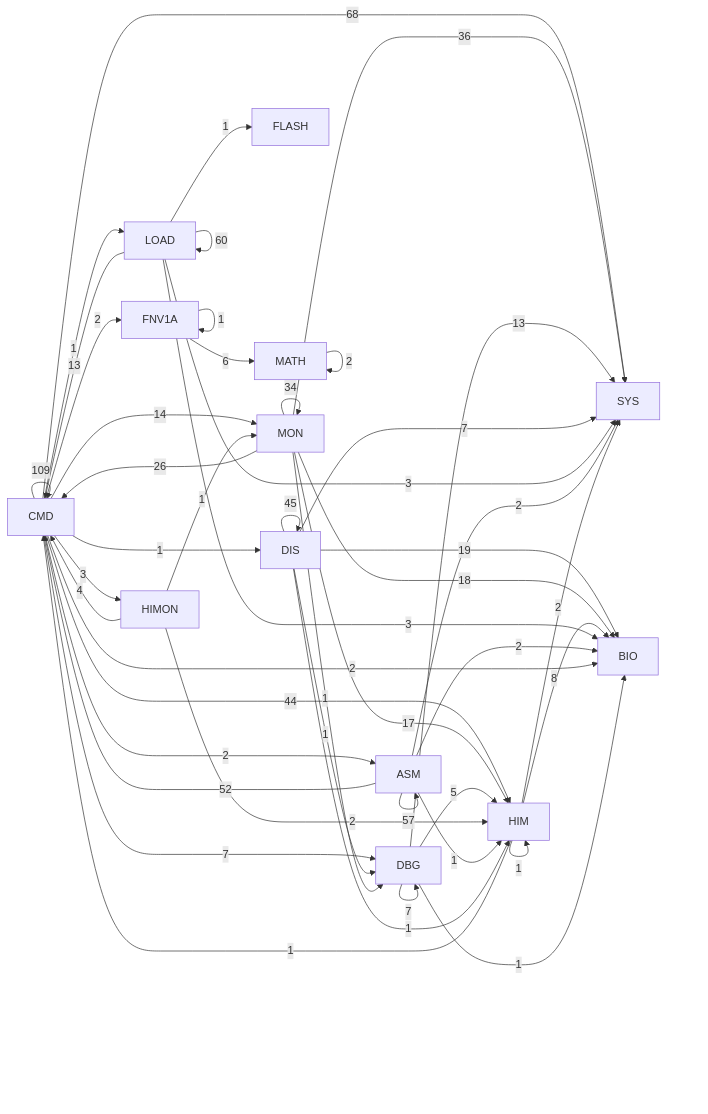
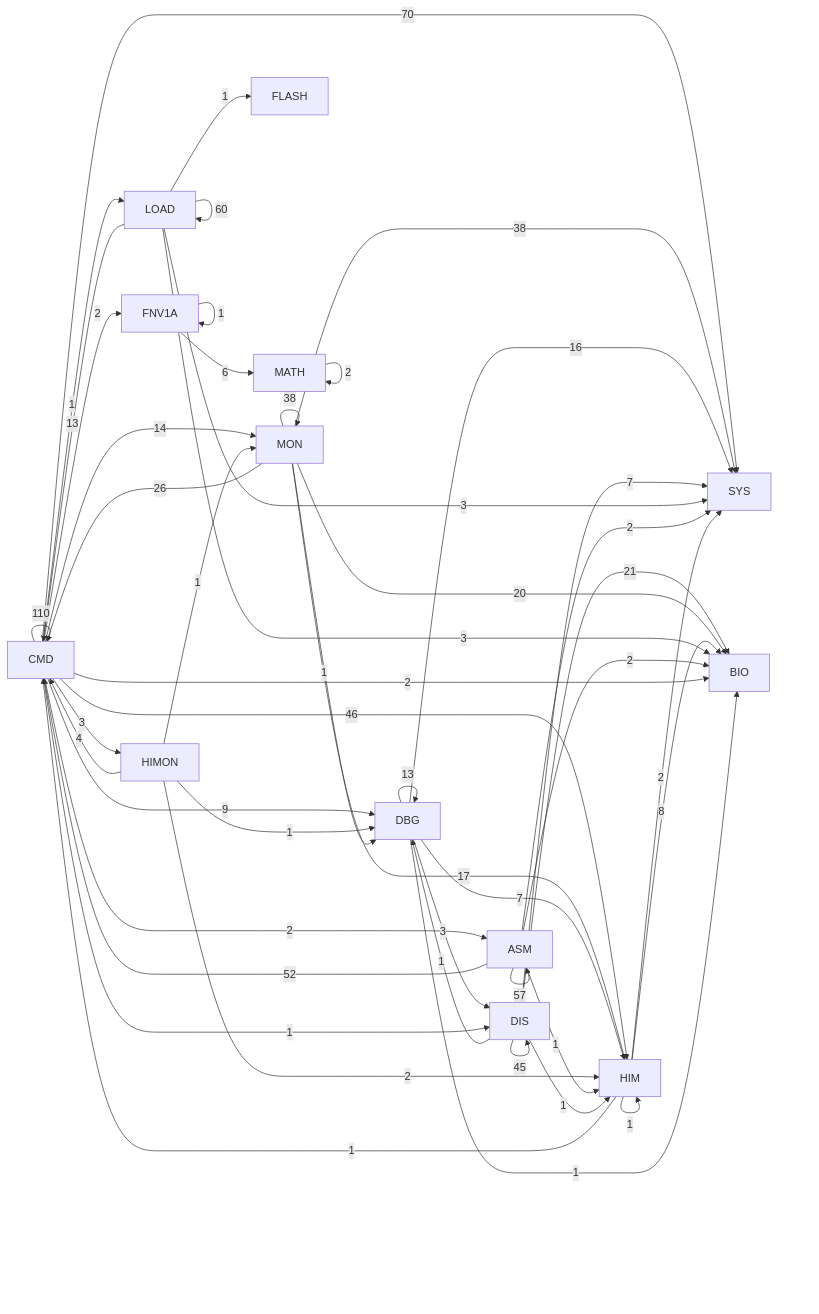
Before and after one commit to 95westus/R-YORS: the diagram in DOC/GENERATED/HIMON_SUPPORT_MAP.md, drawn with Mermaid. The commit also changed other lines of this file and 79 other files, not shown here.

````diff
--- a/DOC/GENERATED/HIMON_SUPPORT_MAP.md
+++ b/DOC/GENERATED/HIMON_SUPPORT_MAP.md
@@ -10,49 +10,51 @@
 ```mermaid
 flowchart LR
-    P_CMD[CMD] -->|109| P_CMD[CMD]
-    P_CMD[CMD] -->|68| P_SYS[SYS]
+    P_CMD[CMD] -->|110| P_CMD[CMD]
+    P_CMD[CMD] -->|70| P_SYS[SYS]
     P_LOAD[LOAD] -->|60| P_LOAD[LOAD]
     P_ASM[ASM] -->|57| P_ASM[ASM]
     P_ASM[ASM] -->|52| P_CMD[CMD]
+    P_CMD[CMD] -->|46| P_HIM[HIM]
     P_DIS[DIS] -->|45| P_DIS[DIS]
-    P_CMD[CMD] -->|44| P_HIM[HIM]
-    P_MON[MON] -->|36| P_SYS[SYS]
-    P_MON[MON] -->|34| P_MON[MON]
+    P_MON[MON] -->|38| P_MON[MON]
+    P_MON[MON] -->|38| P_SYS[SYS]
     P_MON[MON] -->|26| P_CMD[CMD]
-    P_DIS[DIS] -->|19| P_BIO[BIO]
-    P_MON[MON] -->|18| P_BIO[BIO]
+    P_DIS[DIS] -->|21| P_BIO[BIO]
+    P_MON[MON] -->|20| P_BIO[BIO]
     P_MON[MON] -->|17| P_HIM[HIM]
+    P_DBG[DBG] -->|16| P_SYS[SYS]
     P_CMD[CMD] -->|14| P_MON[MON]
-    P_DBG[DBG] -->|13| P_SYS[SYS]
+    P_DBG[DBG] -->|13| P_DBG[DBG]
     P_LOAD[LOAD] -->|13| P_CMD[CMD]
+    P_CMD[CMD] -->|9| P_DBG[DBG]
     P_HIM[HIM] -->|8| P_BIO[BIO]
-    P_CMD[CMD] -->|7| P_DBG[DBG]
-    P_DBG[DBG] -->|7| P_DBG[DBG]
+    P_DBG[DBG] -->|7| P_HIM[HIM]
     P_DIS[DIS] -->|7| P_SYS[SYS]
     P_FNV1A[FNV1A] -->|6| P_MATH[MATH]
-    P_DBG[DBG] -->|5| P_HIM[HIM]
     P_HIMON[HIMON] -->|4| P_CMD[CMD]
     P_CMD[CMD] -->|3| P_HIMON[HIMON]
+    P_DBG[DBG] -->|3| P_DIS[DIS]
     P_LOAD[LOAD] -->|3| P_BIO[BIO]
     P_LOAD[LOAD] -->|3| P_SYS[SYS]
     P_ASM[ASM] -->|2| P_BIO[BIO]
     P_ASM[ASM] -->|2| P_SYS[SYS]
     P_CMD[CMD] -->|2| P_ASM[ASM]
     P_CMD[CMD] -->|2| P_BIO[BIO]
     P_CMD[CMD] -->|2| P_FNV1A[FNV1A]
     P_HIM[HIM] -->|2| P_SYS[SYS]
     P_HIMON[HIMON] -->|2| P_HIM[HIM]
     P_MATH[MATH] -->|2| P_MATH[MATH]
     P_ASM[ASM] -->|1| P_HIM[HIM]
     P_CMD[CMD] -->|1| P_DIS[DIS]
     P_CMD[CMD] -->|1| P_LOAD[LOAD]
     P_DBG[DBG] -->|1| P_BIO[BIO]
     P_DIS[DIS] -->|1| P_DBG[DBG]
     P_DIS[DIS] -->|1| P_HIM[HIM]
     P_FNV1A[FNV1A] -->|1| P_FNV1A[FNV1A]
     P_HIM[HIM] -->|1| P_CMD[CMD]
     P_HIM[HIM] -->|1| P_HIM[HIM]
+    P_HIMON[HIMON] -->|1| P_DBG[DBG]
     P_HIMON[HIMON] -->|1| P_MON[MON]
     P_LOAD[LOAD] -->|1| P_FLASH[FLASH]
     P_MON[MON] -->|1| P_DBG[DBG]
 ```
````
